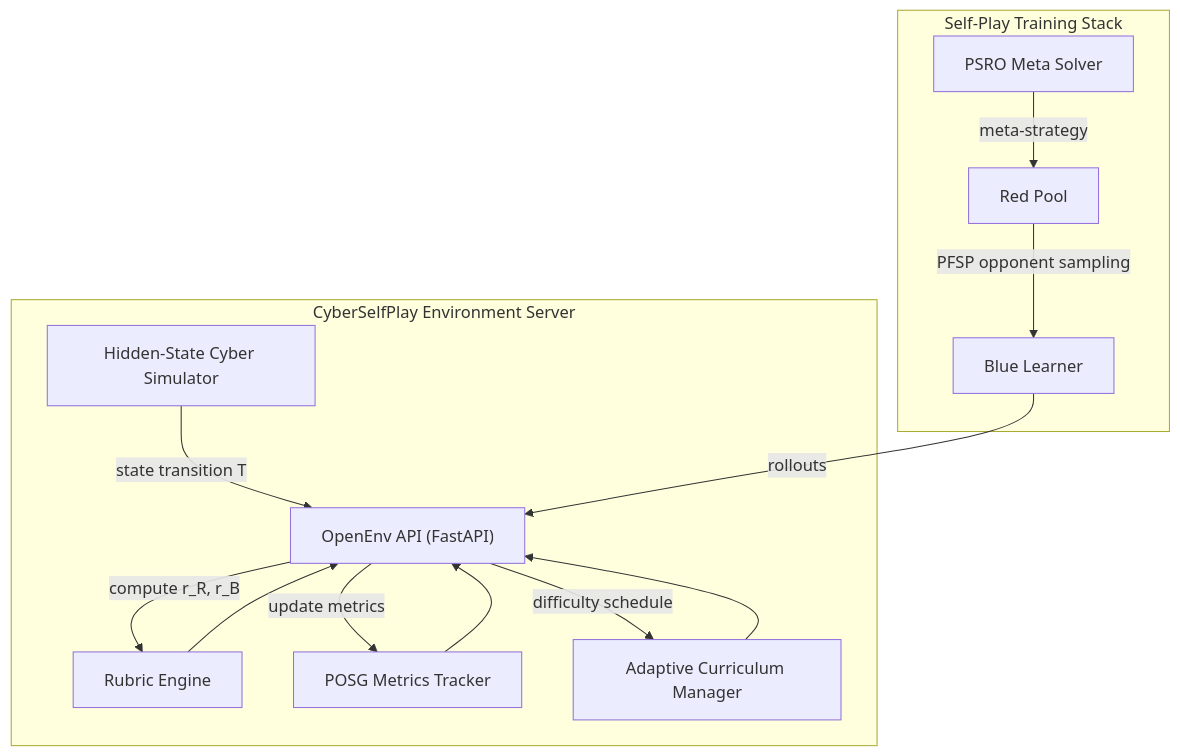
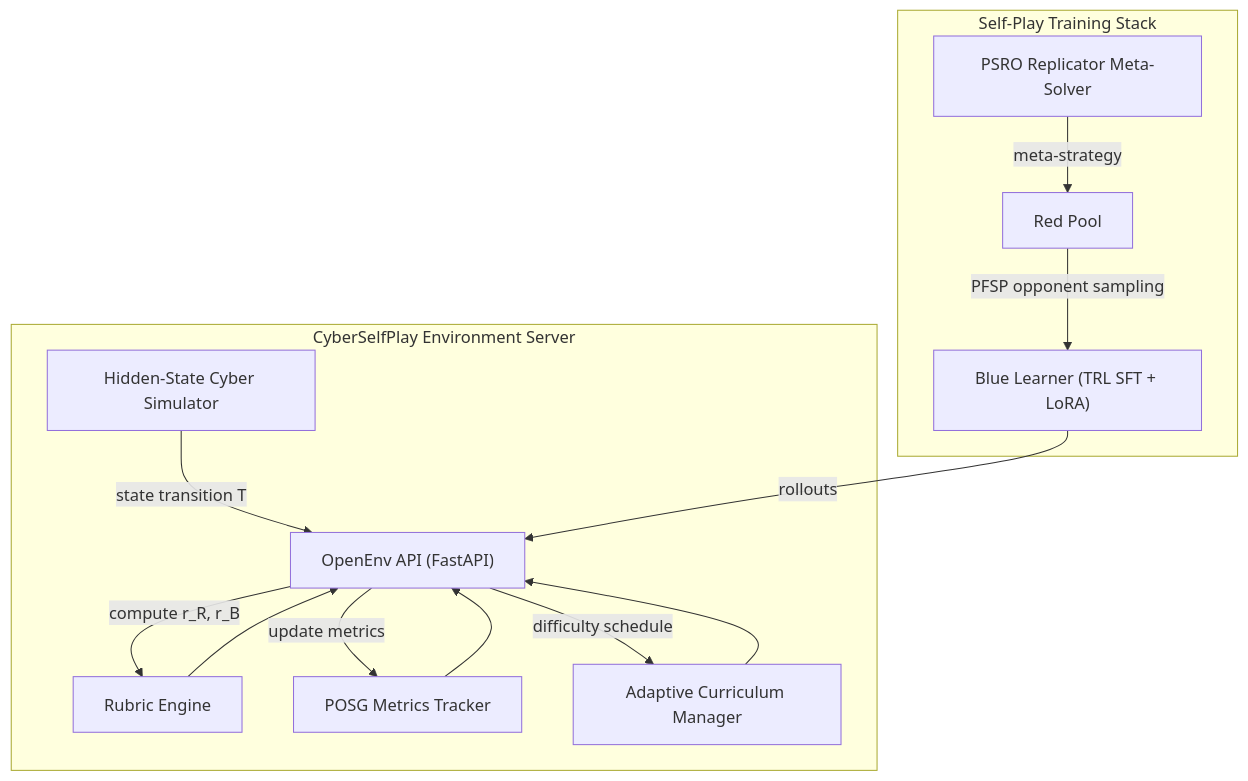
Before and after one commit to harshitnitjsr/cyberselfplay-env: the first of 2 diagrams in README.md, drawn with Mermaid. The commit also changed other lines of this file and 40 other files, not shown here.

````diff
--- a/README.md
+++ b/README.md
@@ -97,18 +92,18 @@
 ```mermaid
 graph TD
     subgraph EnvCore [CyberSelfPlay Environment Server]
         SIM["Hidden-State Cyber Simulator"] -->|"state transition T"| API["OpenEnv API (FastAPI)"]
         API -->|"compute r_R, r_B"| RUB["Rubric Engine"]
         RUB --> API
         API -->|"update metrics"| MET["POSG Metrics Tracker"]
         MET --> API
         API -->|"difficulty schedule"| CUR["Adaptive Curriculum Manager"]
         CUR --> API
     end
 
     subgraph League [Self-Play Training Stack]
-        BLUE["Blue Learner"] -->|"rollouts"| API
+        BLUE["Blue Learner (TRL SFT + LoRA)"] -->|"rollouts"| API
         RED["Red Pool"] -->|"PFSP opponent sampling"| BLUE
-        META["PSRO Meta Solver"] -->|"meta-strategy"| RED
+        META["PSRO Replicator Meta-Solver"] -->|"meta-strategy"| RED
     end
 ```
````
